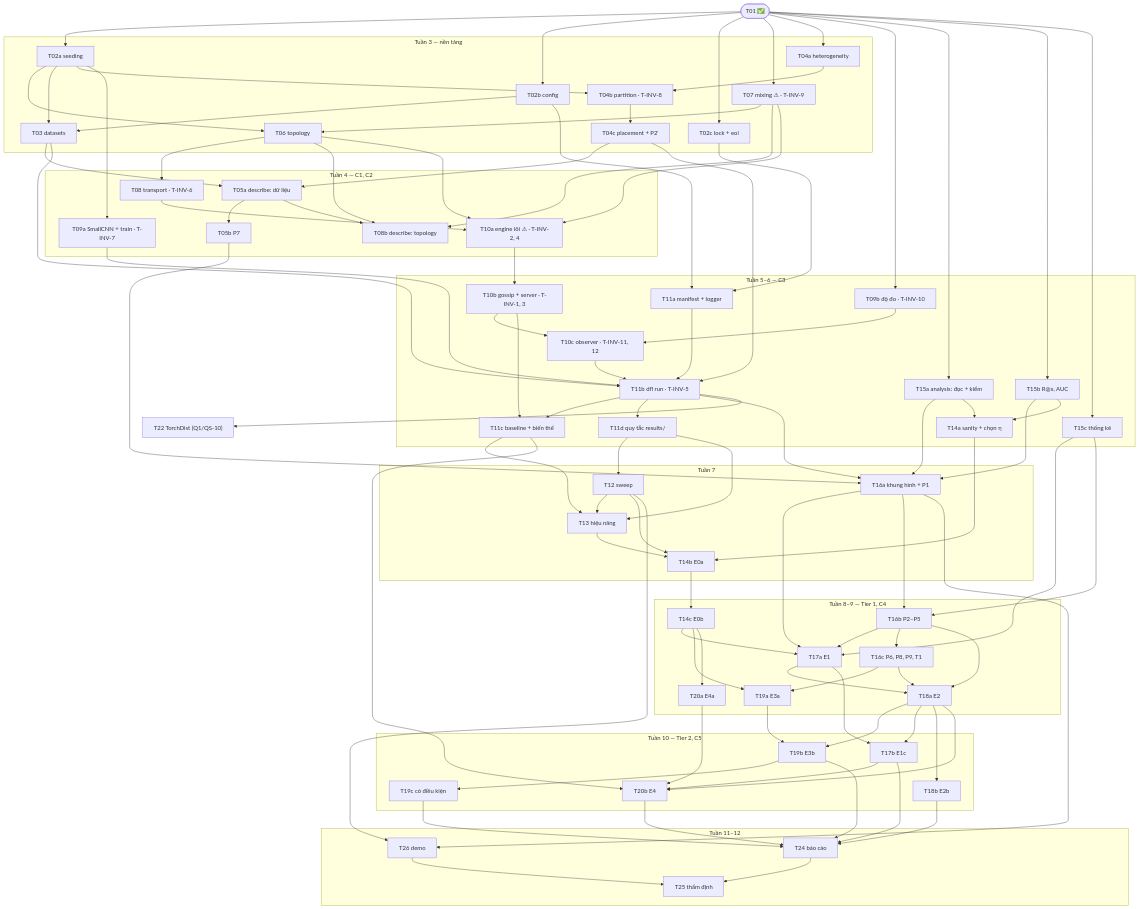
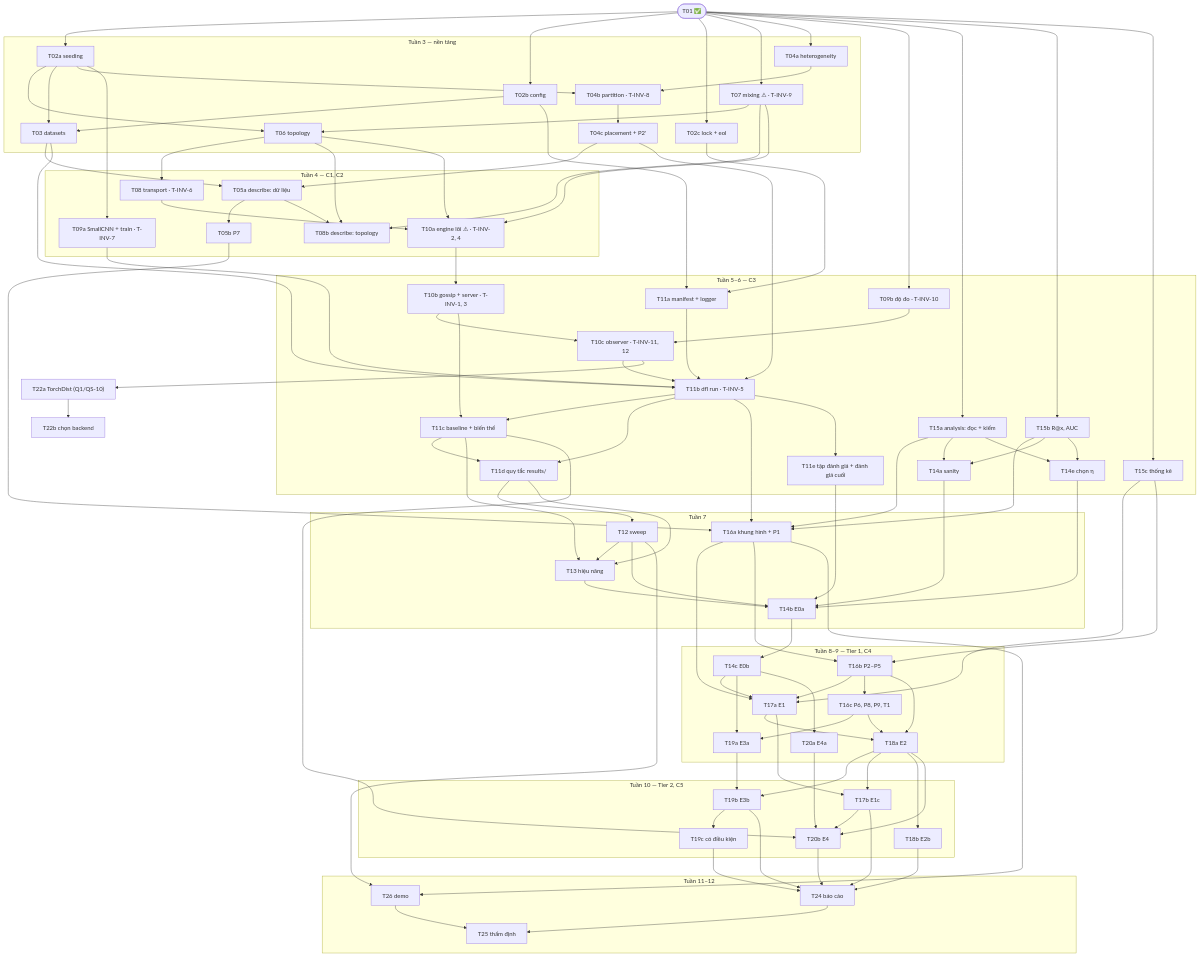
The diagram in tasks/plan.md (vytranly/DFL), drawn with Mermaid before and after one commit. The commit also changed other lines of this file and 2 other files, not shown here.

````diff
--- a/tasks/plan.md
+++ b/tasks/plan.md
@@ -55,69 +55,71 @@
 ```mermaid
 flowchart TB
   T01(["T01 ✅"])
   subgraph W3["Tuần 3 — nền tảng"]
     T02a["T02a seeding"]; T02b["T02b config"]; T02c["T02c lock + eol"]
     T07["T07 mixing ⚠ · T-INV-9"]; T06["T06 topology"]
     T04a["T04a heterogeneity"]; T03["T03 datasets"]; T04b["T04b partition · T-INV-8"]; T04c["T04c placement + P2'"]
   end
   subgraph W4["Tuần 4 — C1, C2"]
     T05a["T05a describe: dữ liệu"]; T05b["T05b P7"]
     T08["T08 transport · T-INV-6"]; T08b["T08b describe: topology"]
     T10a["T10a engine lõi ⚠ · T-INV-2, 4"]; T09a["T09a SmallCNN + train · T-INV-7"]
   end
   subgraph W56["Tuần 5–6 — C3"]
     T09b["T09b độ đo · T-INV-10"]; T10b["T10b gossip + server · T-INV-1, 3"]
     T10c["T10c observer · T-INV-11, 12"]; T11a["T11a manifest + logger"]
-    T11b["T11b dfl run · T-INV-5"]; T11d["T11d quy tắc results/"]; T11c["T11c baseline + biến thể"]
-    T15a["T15a analysis: đọc + kiểm"]; T15b["T15b R@x, AUC"]; T15c["T15c thống kê"]; T14a["T14a sanity + chọn η"]
+    T11b["T11b dfl run · T-INV-5"]; T11d["T11d quy tắc results/"]; T11e["T11e tập đánh giá + đánh giá cuối"]; T11c["T11c baseline + biến thể"]
+    T15a["T15a analysis: đọc + kiểm"]; T15b["T15b R@x, AUC"]; T15c["T15c thống kê"]; T14a["T14a sanity"]; T14e["T14e chọn η"]
   end
   subgraph W7["Tuần 7"]
     T12["T12 sweep"]; T13["T13 hiệu năng"]; T16a["T16a khung hình + P1"]; T14b["T14b E0a"]
   end
   subgraph W89["Tuần 8–9 — Tier 1, C4"]
     T14c["T14c E0b"]; T17a["T17a E1"]; T19a["T19a E3a"]; T20a["T20a E4a"]; T16b["T16b P2–P5"]; T16c["T16c P6, P8, P9, T1"]; T18a["T18a E2"]
   end
   subgraph W10["Tuần 10 — Tier 2, C5"]
     T19b["T19b E3b"]; T17b["T17b E1c"]; T20b["T20b E4"]; T18b["T18b E2b"]; T19c["T19c có điều kiện"]
   end
   subgraph W11["Tuần 11–12"]
     T26["T26 demo"]; T24["T24 báo cáo"]; T25["T25 thẩm định"]
   end
   T01 --> T02a & T02b & T02c & T07 & T04a & T09b & T15a & T15b & T15c
   T02a --> T06 & T03 & T04b & T09a
   T02b --> T03 & T11a
   T02c --> T11a
   T07 --> T06 & T08b & T10a
   T06 --> T08 & T08b & T10a
   T04a --> T04b --> T04c
   T03 --> T05a & T11b
   T04c --> T05a & T11b
   T05a --> T05b & T08b
   T08 --> T10a
   T10a --> T10b --> T10c
   T09b --> T10c
   T10b --> T11c
   T09a & T10c & T11a --> T11b
   T11b --> T11c & T11d & T16a
-  T11d --> T12 & T13
-  T11b --> T22["T22 TorchDist (Q1/QS-10)"]
+  T11c --> T11d --> T12 & T13
+  T10c --> T22a["T22a TorchDist (Q1/QS-10)"] --> T22b["T22b chọn backend"]
   T11c --> T13
   T12 --> T13
   T05b & T15a & T15b --> T16a
-  T15a & T15b --> T14a
+  T15a & T15b --> T14a & T14e
+  T11b --> T11e
+  T14e & T11e --> T14b
   T12 & T13 & T14a --> T14b --> T14c
   T14c --> T17a & T19a & T20a
   T15c & T16a & T16b --> T17a
   T16a & T15c --> T16b --> T16c
   T16c --> T19a & T18a
   T16b --> T18a
   T17a --> T18a
   T18a --> T19b & T17b & T18b
   T19a --> T19b
   T17a --> T17b
   T20a & T17b & T18a & T11c --> T20b
   T19b --> T19c
   T19b & T17b & T20b & T18b & T19c --> T24
   T12 & T16a --> T26
   T24 & T26 --> T25
 ```
````
